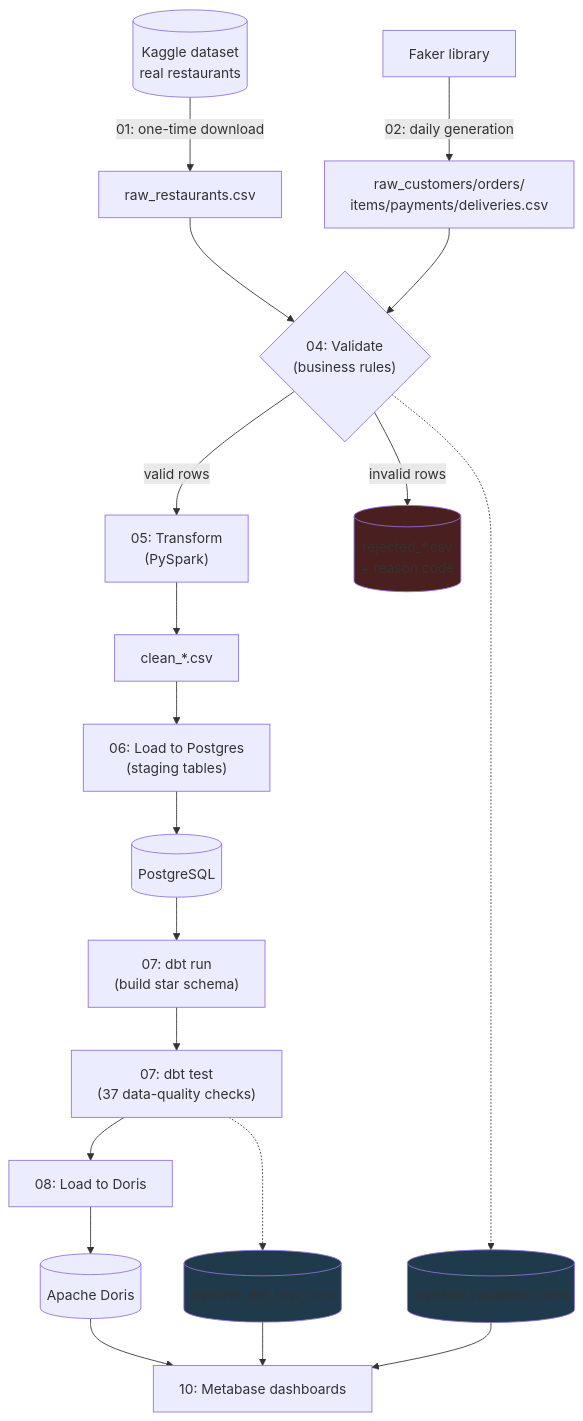
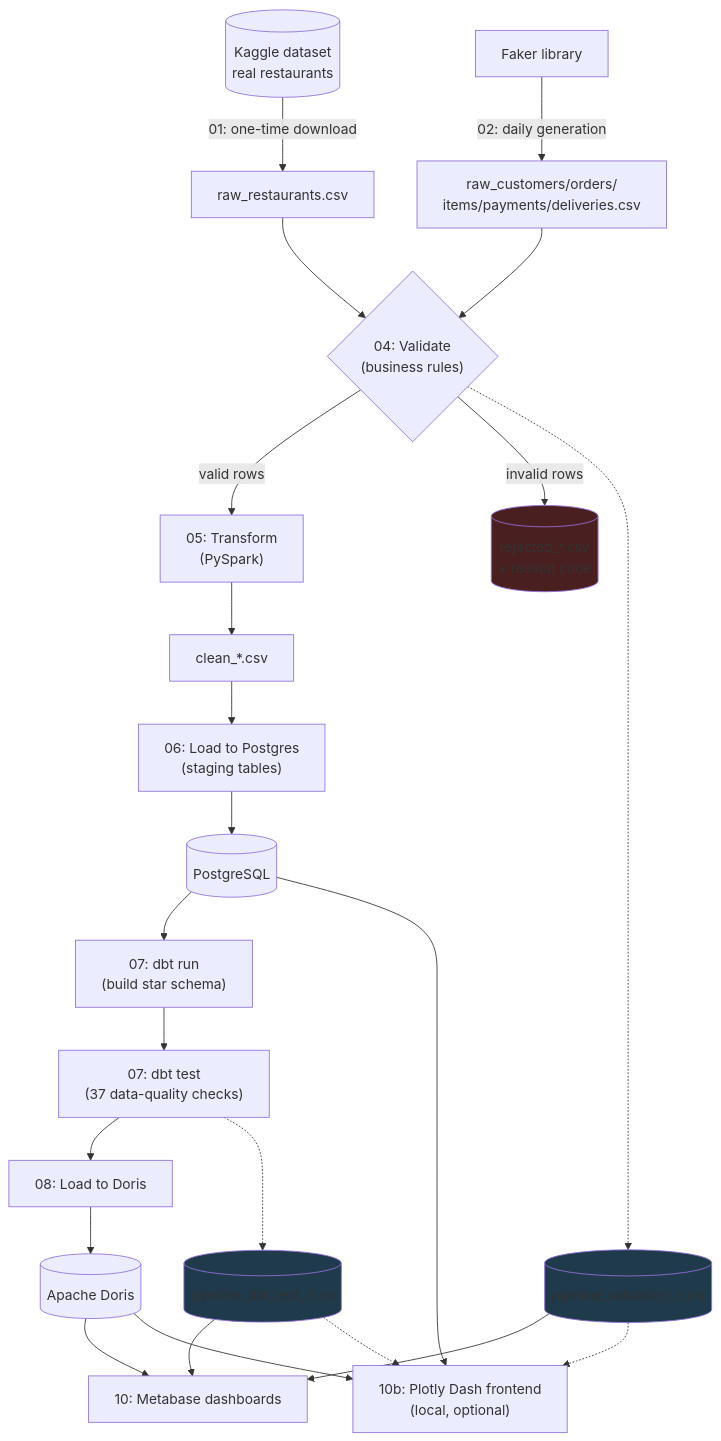
One commit to srummanf/Zomato-Analytics-ETL changed the first of 2 diagrams in doc/FLOWCHART.md. Above: the diagram before and after it, drawn with Mermaid. The commit also changed other lines of this file and 10 other files, not shown here.

Commit message:
Update documentation and enhance local Plotly Dash frontend; remove obsolete chart images

````diff
--- a/doc/FLOWCHART.md
+++ b/doc/FLOWCHART.md
@@ -26,30 +26,34 @@
 ```mermaid
 flowchart TD
     KAGGLE[("Kaggle dataset\nreal restaurants")] -->|"01: one-time download"| RAWR["raw_restaurants.csv"]
     FAKE["Faker library"] -->|"02: daily generation"| RAWT["raw_customers/orders/\nitems/payments/deliveries.csv"]
 
     RAWR --> VAL{"04: Validate\n(business rules)"}
     RAWT --> VAL
     VAL -->|valid rows| TRANS["05: Transform\n(PySpark)"]
     VAL -->|invalid rows| REJ[("rejected_*.csv\n+ reason code")]
 
     TRANS --> CLEAN["clean_*.csv"]
     CLEAN --> LOADPG["06: Load to Postgres\n(staging tables)"]
     LOADPG --> PG[("PostgreSQL")]
 
     PG --> DBTRUN["07: dbt run\n(build star schema)"]
     DBTRUN --> DBTTEST["07: dbt test\n(37 data-quality checks)"]
     DBTTEST --> LOADDORIS["08: Load to Doris"]
     LOADDORIS --> DORIS[("Apache Doris")]
 
     DORIS --> METABASE["10: Metabase dashboards"]
+    DORIS --> DASH["10b: Plotly Dash frontend\n(local, optional)"]
+    PG --> DASH
 
     VAL -.-> HEALTH1[("pipeline_validation_runs")]
     DBTTEST -.-> HEALTH2[("pipeline_dbt_test_runs")]
     HEALTH1 --> METABASE
     HEALTH2 --> METABASE
+    HEALTH1 -.-> DASH
+    HEALTH2 -.-> DASH
 
     style REJ fill:#4a1f1f
     style HEALTH1 fill:#1f3a4a
     style HEALTH2 fill:#1f3a4a
 ```
````
